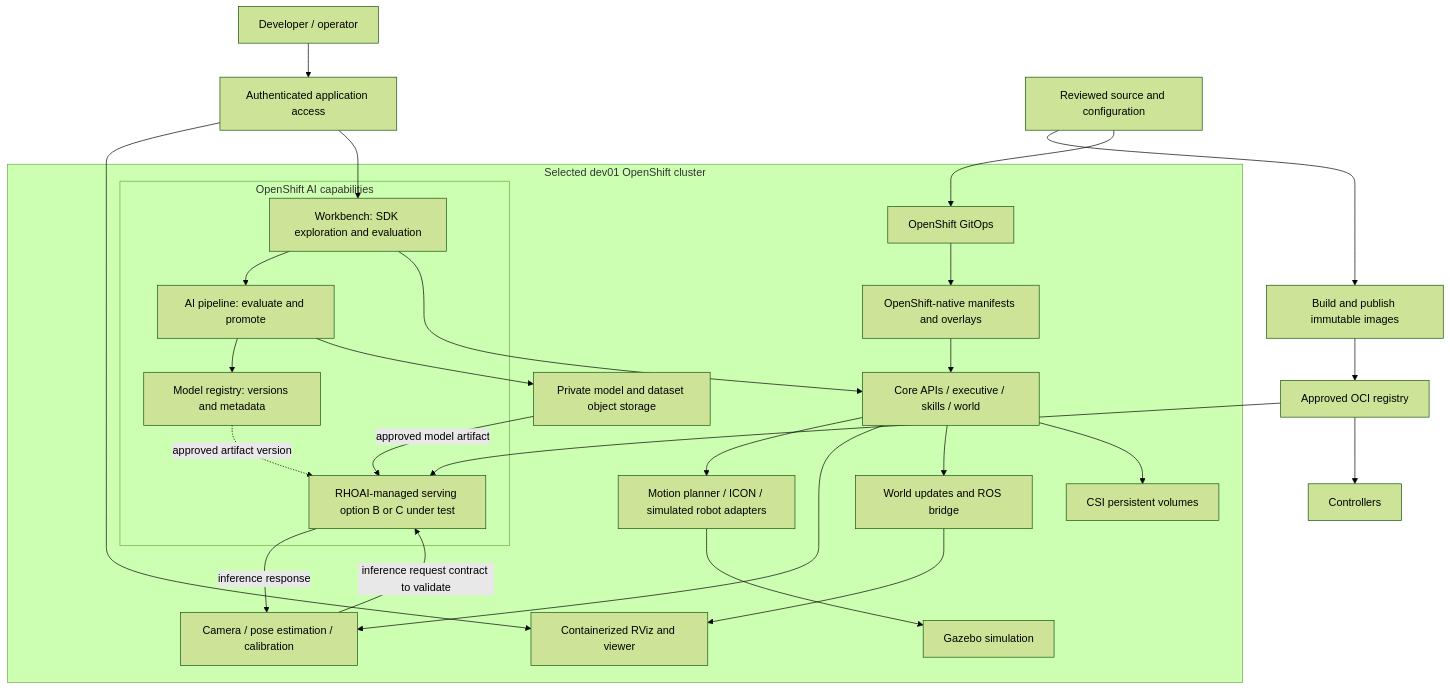
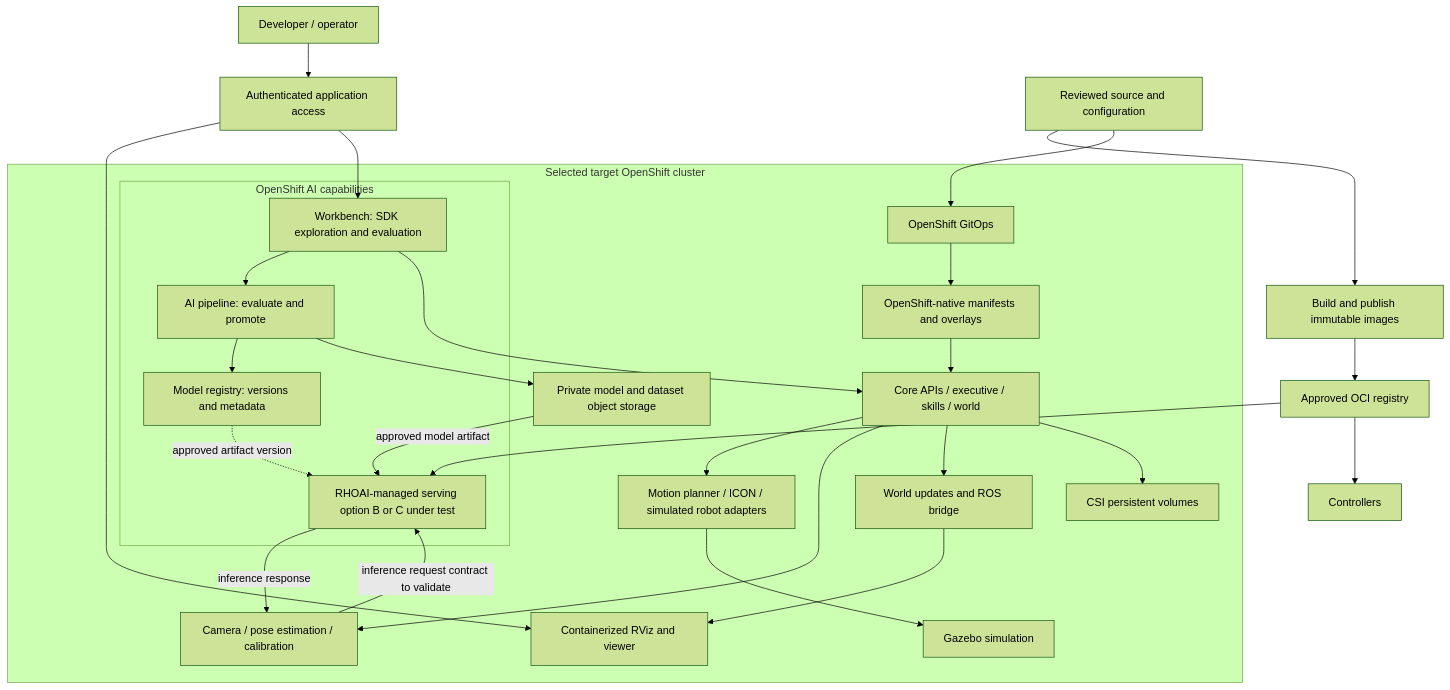
One commit to rhkp/intrinsic-ai-core changed the diagram in OPENSHIFT_PLAN.md. Above: the diagram before and after it, drawn with Mermaid (forest theme). The commit also changed other lines of this file and 222 other files, not shown here.

````diff
--- a/OPENSHIFT_PLAN.md
+++ b/OPENSHIFT_PLAN.md
@@ -231,34 +207,34 @@
 ```mermaid
 flowchart TB
     User[Developer / operator] --> Access[Authenticated application access]
     Git[Reviewed source and configuration] --> Build[Build and publish immutable images]
     Build --> Registry[Approved OCI registry]
     Git --> GitOps[OpenShift GitOps]
-    subgraph ROSA[Selected dev01 OpenShift cluster]
+    subgraph ROSA[Selected target OpenShift cluster]
         GitOps --> Desired[OpenShift-native manifests and overlays]
         Desired --> Core[Core APIs / executive / skills / world]
         Core --> Robot[Motion planner / ICON / simulated robot adapters]
         Robot --> Gazebo[Gazebo simulation]
         Core --> Pose[Camera / pose estimation / calibration]
         World[World updates and ROS bridge] --> Viewer[Containerized RViz and viewer]
         Core --> World
         subgraph AI[OpenShift AI capabilities]
             WB[Workbench: SDK exploration and evaluation]
             Pipeline[AI pipeline: evaluate and promote]
             MR[Model registry: versions and metadata]
             Serve[RHOAI-managed serving option B or C under test]
             WB --> Pipeline --> MR
             MR -. approved artifact version .-> Serve
         end
         Pose -->|inference request contract to validate| Serve
         Serve -->|inference response| Pose
         WB --> Core
         Core --> PVC[CSI persistent volumes]
         Pipeline --> Objects[Private model and dataset object storage]
         Objects -->|approved model artifact| Serve
     end
     Registry --> Controllers
     Registry --> Serve
     Access --> Viewer
     Access --> WB
 ```
````
